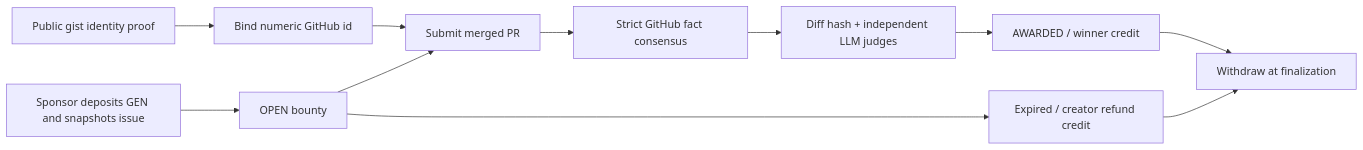
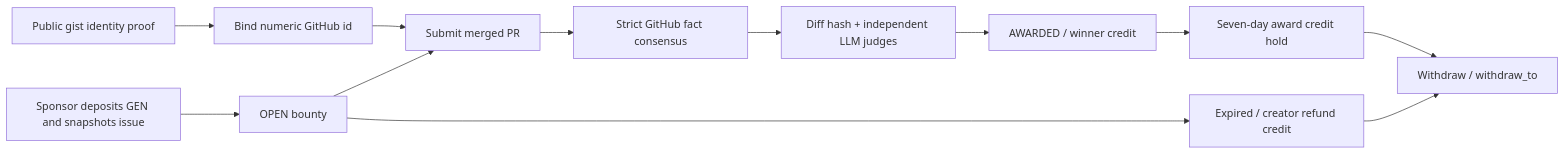
Before and after one commit to tizerluo/genlayer-issue-bounty: the diagram in README.md, drawn with Mermaid. The commit also changed other lines of this file and 36 other files, not shown here.

````diff
--- a/README.md
+++ b/README.md
@@ -11,13 +11,14 @@
 ```mermaid
 flowchart LR
     A[Public gist identity proof] --> B[Bind numeric GitHub id]
     C[Sponsor deposits GEN and snapshots issue] --> D[OPEN bounty]
     B --> E[Submit merged PR]
     D --> E
     E --> F[Strict GitHub fact consensus]
     F --> G[Diff hash + independent LLM judges]
     G --> H[AWARDED / winner credit]
     D --> I[Expired / creator refund credit]
-    H --> J[Withdraw at finalization]
+    H --> K[Seven-day award credit hold]
+    K --> J[Withdraw / withdraw_to]
     I --> J
 ```
````
